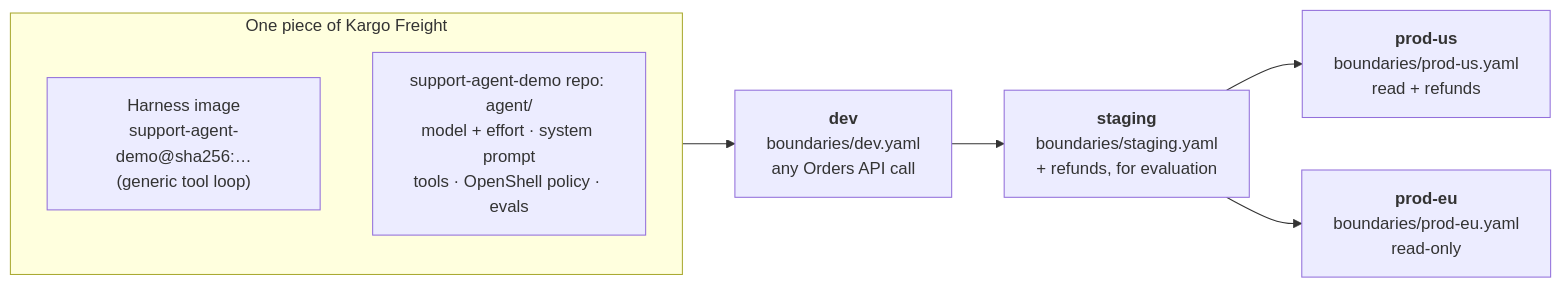
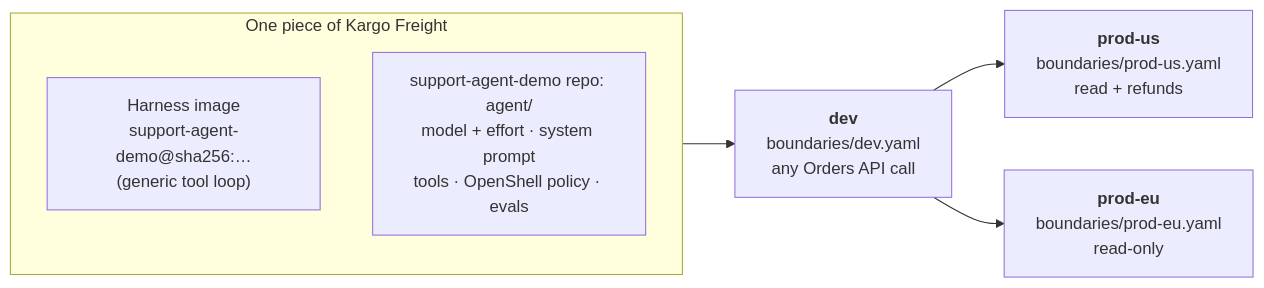
Before and after one commit to VisioNetX/agent-delivery-demo: the first of 2 diagrams in README.md, drawn with Mermaid. The commit also changed other lines of this file and 2 other files, not shown here.

First line of the commit message:
Drop the staging stage

````diff
--- a/README.md
+++ b/README.md
@@ -40,16 +40,15 @@
 ```mermaid
 flowchart LR
     subgraph freight["One piece of Kargo Freight"]
         image["Harness image<br/>support-agent-demo@sha256:…<br/>(generic tool loop)"]
         bundle["support-agent-demo repo: agent/<br/>model + effort · system prompt<br/>tools · OpenShell policy · evals"]
     end
 
     dev["<b>dev</b><br/>boundaries/dev.yaml<br/>any Orders API call"]
-    staging["<b>staging</b><br/>boundaries/staging.yaml<br/>+ refunds, for evaluation"]
     produs["<b>prod-us</b><br/>boundaries/prod-us.yaml<br/>read + refunds"]
     prodeu["<b>prod-eu</b><br/>boundaries/prod-eu.yaml<br/>read-only"]
 
-    freight --> dev --> staging
-    staging --> produs
-    staging --> prodeu
+    freight --> dev
+    dev --> produs
+    dev --> prodeu
 ```
````
